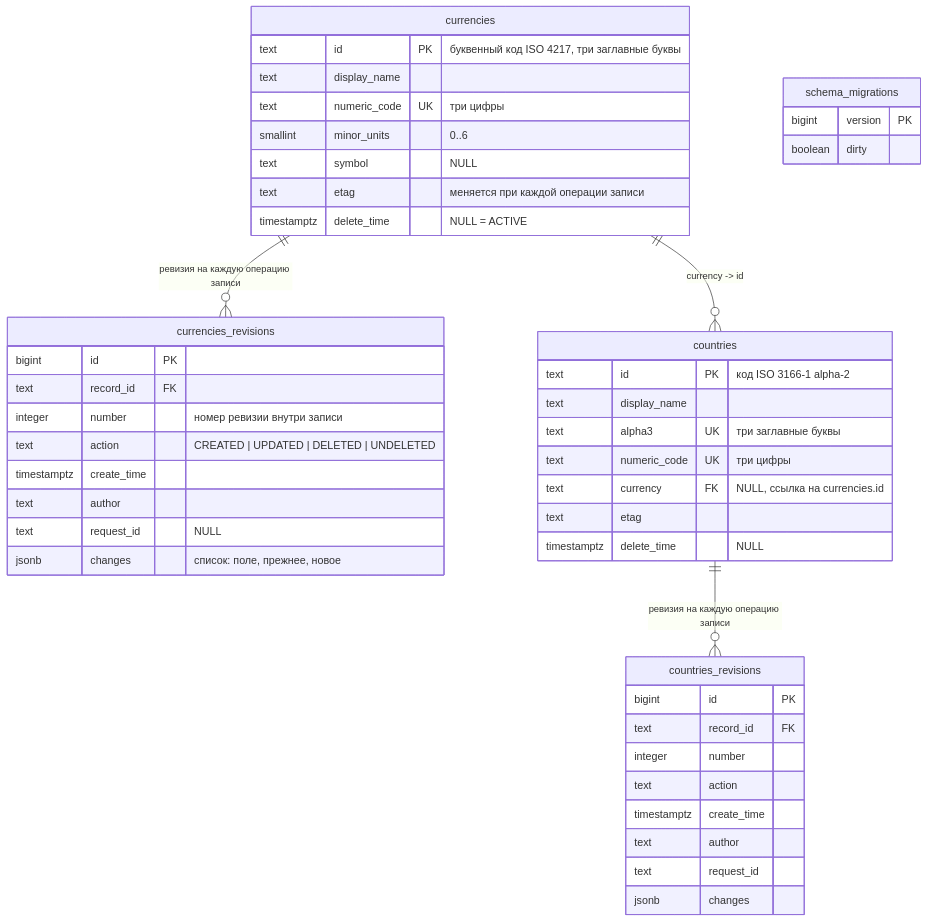
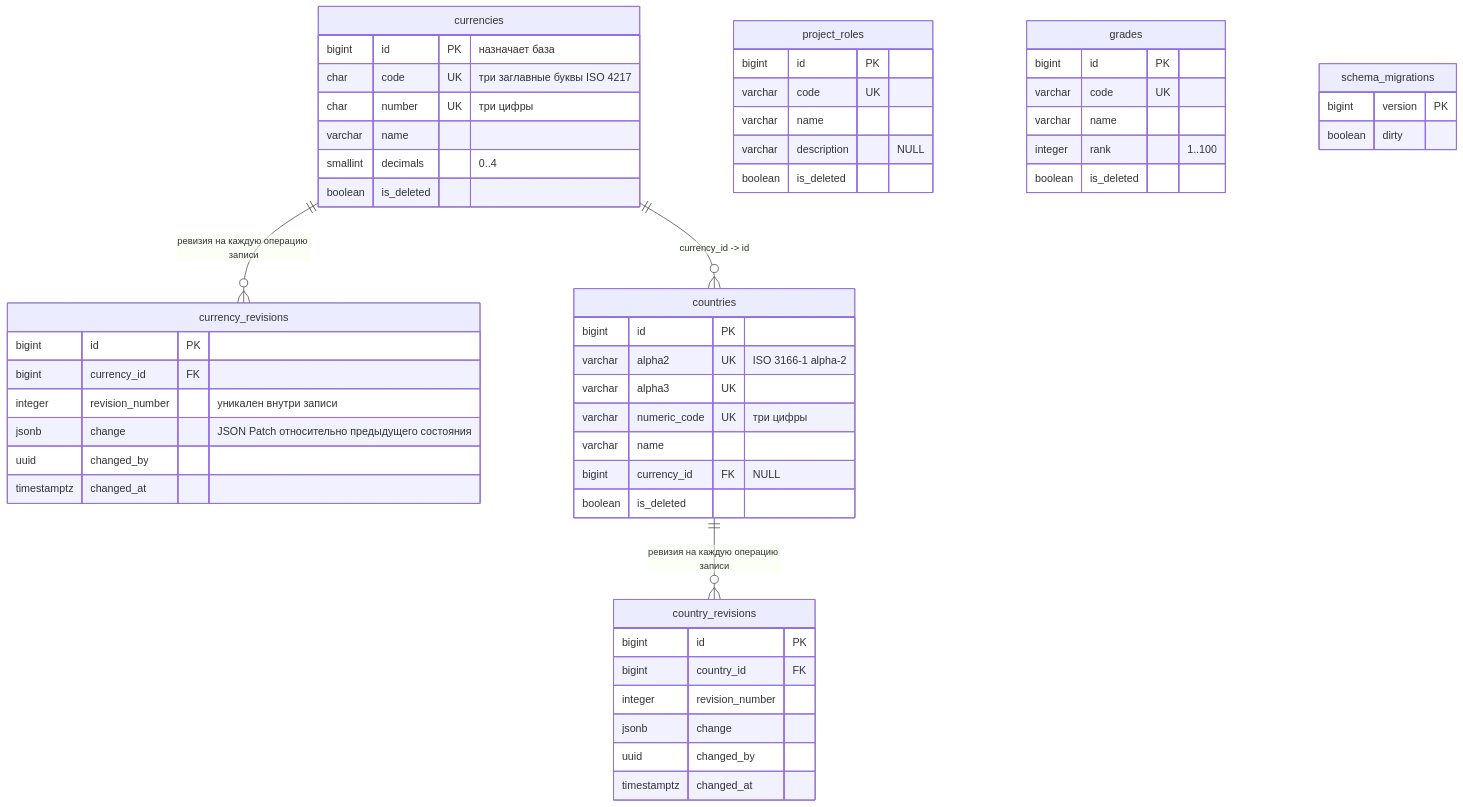
The first of 2 diagrams in reference-manager/documents/120.data-model.md (MEPhI-C22-501/arch-info-system-monorepo), drawn with Mermaid before and after one commit. The commit also changed other lines of this file and 27 other files, not shown here.

````diff
--- a/reference-manager/documents/120.data-model.md
+++ b/reference-manager/documents/120.data-model.md
@@ -18,53 +18,64 @@
 ```mermaid
 erDiagram
-    currencies ||--o{ currencies_revisions : "ревизия на каждую операцию записи"
-    countries ||--o{ countries_revisions : "ревизия на каждую операцию записи"
-    currencies ||--o{ countries : "currency -> id"
+    currencies ||--o{ currency_revisions : "ревизия на каждую операцию записи"
+    countries ||--o{ country_revisions : "ревизия на каждую операцию записи"
+    currencies ||--o{ countries : "currency_id -> id"
 
     currencies {
-        text id PK "буквенный код ISO 4217, три заглавные буквы"
-        text display_name
-        text numeric_code UK "три цифры"
-        smallint minor_units "0..6"
-        text symbol "NULL"
-        text etag "меняется при каждой операции записи"
-        timestamptz delete_time "NULL = ACTIVE"
+        bigint id PK "назначает база"
+        char code UK "три заглавные буквы ISO 4217"
+        char number UK "три цифры"
+        varchar name
+        smallint decimals "0..4"
+        boolean is_deleted
     }
 
-    currencies_revisions {
+    currency_revisions {
         bigint id PK
-        text record_id FK
-        integer number "номер ревизии внутри записи"
-        text action "CREATED | UPDATED | DELETED | UNDELETED"
-        timestamptz create_time
-        text author
-        text request_id "NULL"
-        jsonb changes "список: поле, прежнее, новое"
+        bigint currency_id FK
+        integer revision_number "уникален внутри записи"
+        jsonb change "JSON Patch относительно предыдущего состояния"
+        uuid changed_by
+        timestamptz changed_at
     }
 
     countries {
-        text id PK "код ISO 3166-1 alpha-2"
-        text display_name
-        text alpha3 UK "три заглавные буквы"
-        text numeric_code UK "три цифры"
-        text currency FK "NULL, ссылка на currencies.id"
-        text etag
-        timestamptz delete_time "NULL"
+        bigint id PK
+        varchar alpha2 UK "ISO 3166-1 alpha-2"
+        varchar alpha3 UK
+        varchar numeric_code UK "три цифры"
+        varchar name
+        bigint currency_id FK "NULL"
+        boolean is_deleted
     }
 
-    countries_revisions {
+    country_revisions {
         bigint id PK
-        text record_id FK
-        integer number
-        text action
-        timestamptz create_time
-        text author
-        text request_id
-        jsonb changes
+        bigint country_id FK
+        integer revision_number
+        jsonb change
+        uuid changed_by
+        timestamptz changed_at
+    }
+
+    project_roles {
+        bigint id PK
+        varchar code UK
+        varchar name
+        varchar description "NULL"
+        boolean is_deleted
+    }
+
+    grades {
+        bigint id PK
+        varchar code UK
+        varchar name
+        integer rank "1..100"
+        boolean is_deleted
     }
 
     schema_migrations {
         bigint version PK
         boolean dirty
     }
 ```
````
